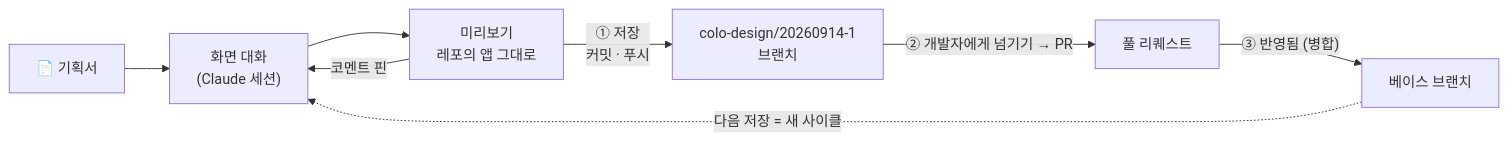
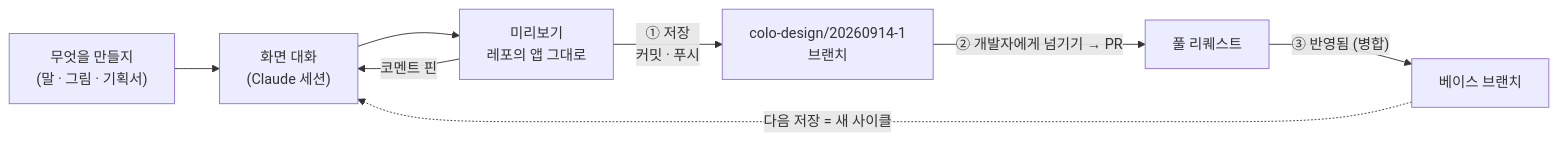
The first of 2 diagrams in README.md (inkwonjung-colosseum/cds-design), drawn with Mermaid before and after one commit. The commit also changed other lines of this file and 88 other files, not shown here.

````diff
--- a/README.md
+++ b/README.md
@@ -56,10 +60,10 @@
 ```mermaid
 flowchart LR
-    spec["📄 기획서"] --> chat["화면 대화<br/>(Claude 세션)"]
+    ask["무엇을 만들지<br/>(말 · 그림 · 기획서)"] --> chat["화면 대화<br/>(Claude 세션)"]
     chat --> preview["미리보기<br/>레포의 앱 그대로"]
     preview -->|"코멘트 핀"| chat
     preview -->|"① 저장<br/>커밋 · 푸시"| branch["colo-design/20260914-1<br/>브랜치"]
     branch -->|"② 개발자에게 넘기기 → PR"| pr["풀 리퀘스트"]
     pr -->|"③ 반영됨 (병합)"| base["베이스 브랜치"]
     base -.->|"다음 저장 = 새 사이클"| chat
 ```
````
